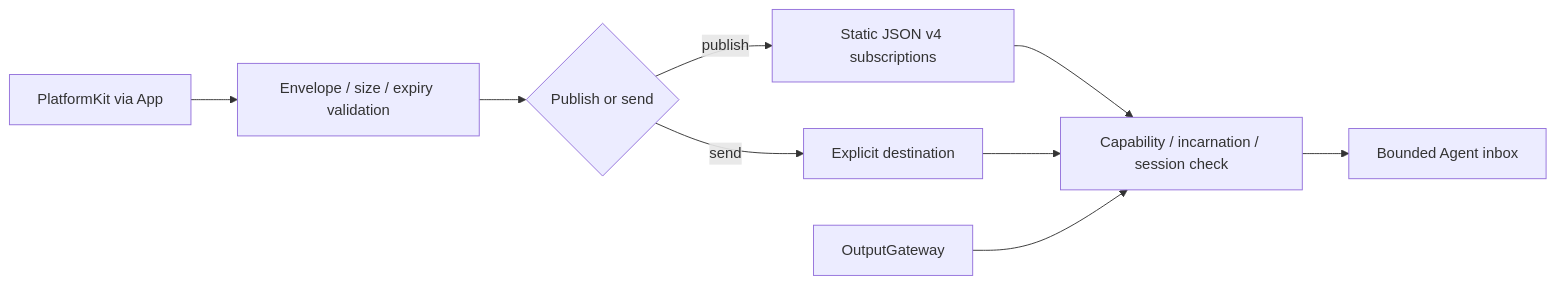
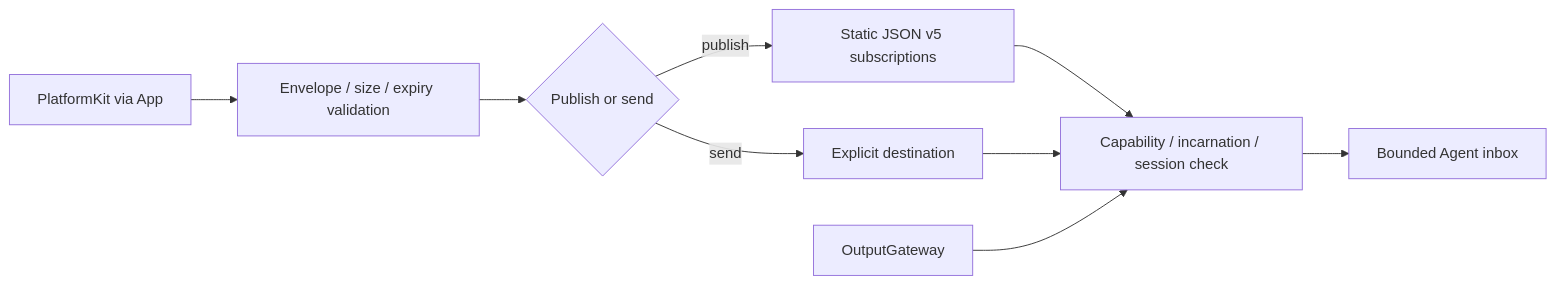
The first of 2 diagrams in MobileHarness/Gateway/Input/README.md (devilyouwei/MobileHarness), drawn with Mermaid before and after one commit. The commit also changed other lines of this file and 97 other files, not shown here.

````diff
--- a/MobileHarness/Gateway/Input/README.md
+++ b/MobileHarness/Gateway/Input/README.md
@@ -11,11 +11,11 @@
 ```mermaid
 flowchart LR
     Platform[PlatformKit via App] --> Validate[Envelope / size / expiry validation]
     Validate --> Route{Publish or send}
-    Route -->|publish| Policy[Static JSON v4 subscriptions]
+    Route -->|publish| Policy[Static JSON v5 subscriptions]
     Route -->|send| Target[Explicit destination]
     Policy --> Admit[Capability / incarnation / session check]
     Target --> Admit
     Output[OutputGateway] --> Admit
     Admit --> Inbox[Bounded Agent inbox]
 ```
````
